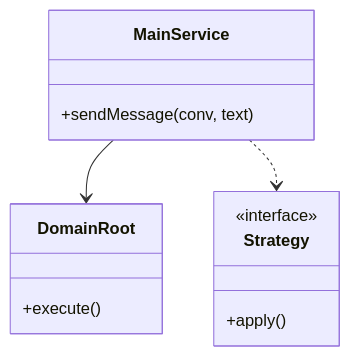
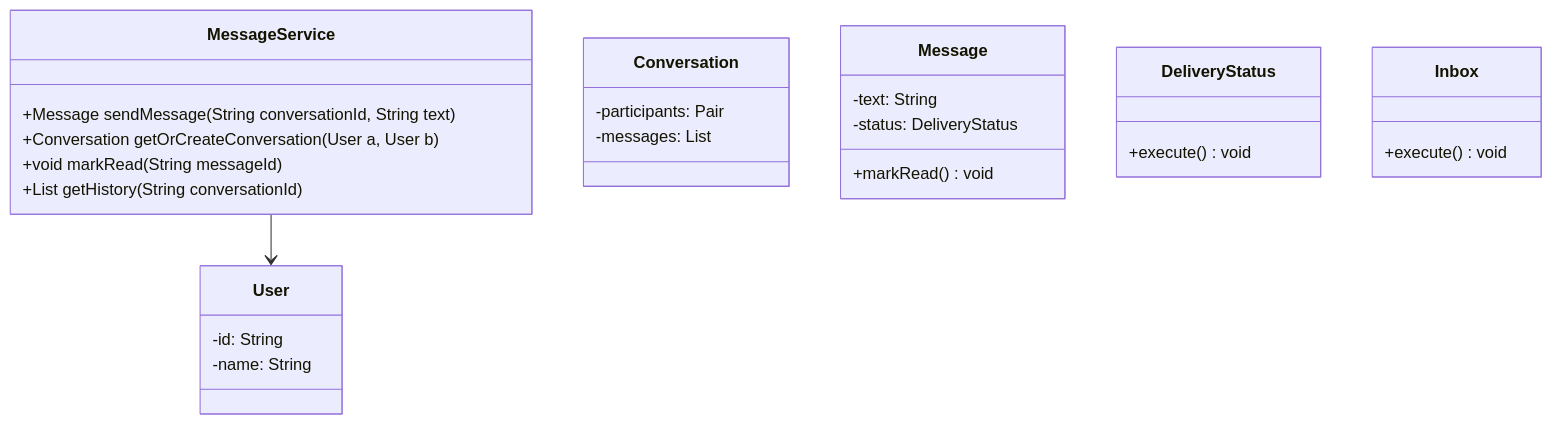
Before and after one commit to madhupaila/Interview-Prep-SSE: the first of 3 diagrams in Learn/System Design - Low Level Design/02-classic-ood/questions/Q24-messenger-1to1.md, drawn with Mermaid. The commit also changed other lines of this file and 491 other files, not shown here.

````diff
--- a/Learn/System Design - Low Level Design/02-classic-ood/questions/Q24-messenger-1to1.md
+++ b/Learn/System Design - Low Level Design/02-classic-ood/questions/Q24-messenger-1to1.md
@@ -75,15 +89,29 @@
 ```mermaid
 classDiagram
-    class MainService {
-        +sendMessage(conv, text)
+    class MessageService {
+        +Message sendMessage(String conversationId, String text)
+        +Conversation getOrCreateConversation(User a, User b)
+        +void markRead(String messageId)
+        +List<Message> getHistory(String conversationId)
     }
-    class DomainRoot {
-        +execute()
+    class User {
+        -id: String
+        -name: String
     }
-    class Strategy {
-        <<interface>>
-        +apply()
+    class Conversation {
+        -participants: Pair<User>
+        -messages: List
     }
-    MainService --> DomainRoot
-    MainService ..> Strategy
+    class Message {
+        -text: String
+        -status: DeliveryStatus
+        +markRead() void
+    }
+    class DeliveryStatus {
+        +execute() void
+    }
+    class Inbox {
+        +execute() void
+    }
+    MessageService --> User
 ```
````
